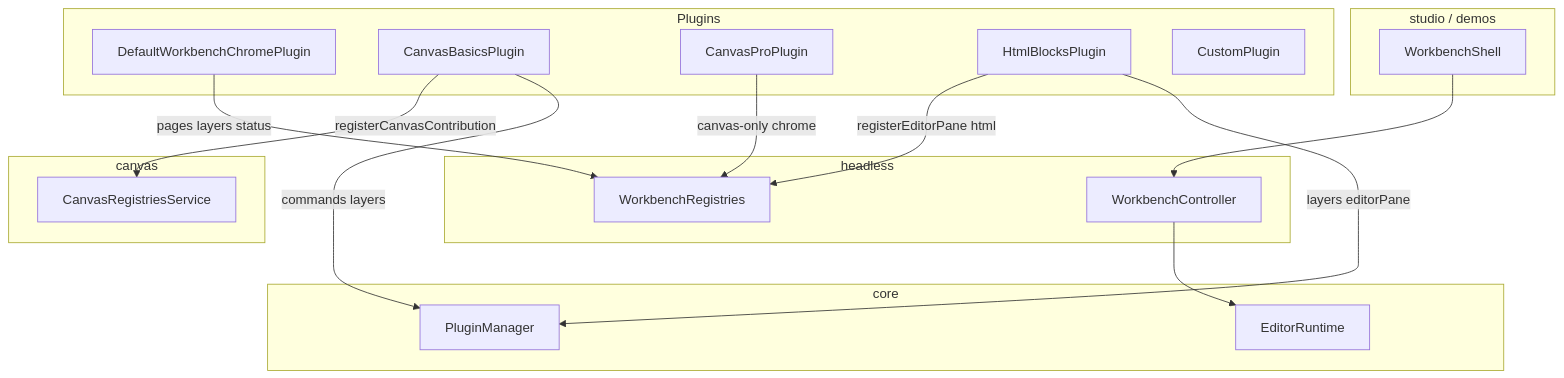
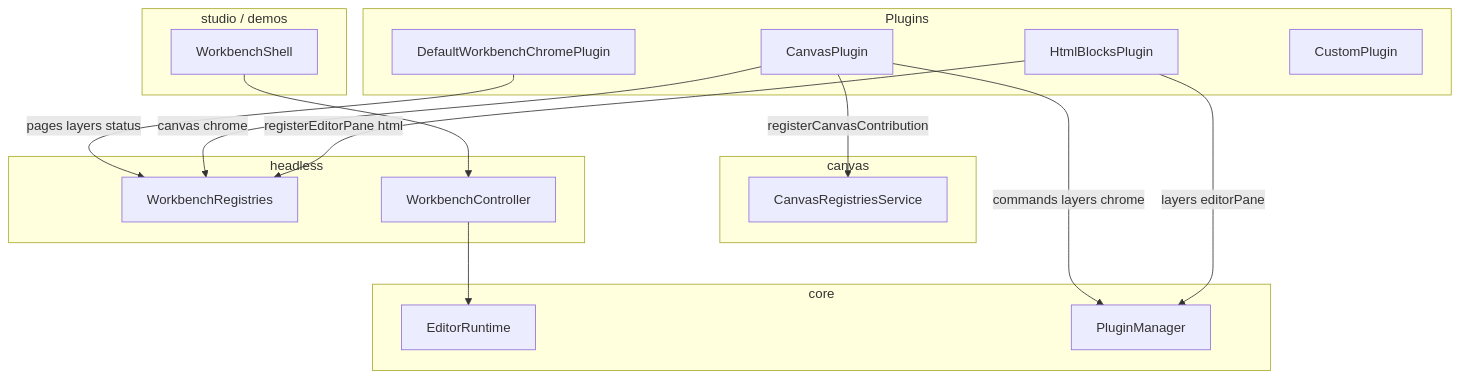
One commit to openenvx/editor changed the diagram in Architecture.md. Above: the diagram before and after it, drawn with Mermaid. The commit also changed other lines of this file and 77 other files, not shown here.

First line of the commit message:
refactor: rename CanvasBasicsPlugin to CanvasPlugin and update related documentation

````diff
--- a/Architecture.md
+++ b/Architecture.md
@@ -73,32 +72,31 @@
 ```mermaid
 flowchart TB
   subgraph plugins [Plugins]
     Chrome[DefaultWorkbenchChromePlugin]
-    CanvasBasics[CanvasBasicsPlugin]
-    CanvasPro[CanvasProPlugin]
+    CanvasPlugin[CanvasPlugin]
     HtmlBlocks[HtmlBlocksPlugin]
     Custom[CustomPlugin]
   end
   subgraph canvasPkg [canvas]
     Registries[CanvasRegistriesService]
   end
   subgraph coreHost [core]
     Runtime[EditorRuntime]
     PluginHost[PluginManager]
   end
   subgraph headlessPkg [headless]
     WbRegs[WorkbenchRegistries]
     Controller[WorkbenchController]
   end
   subgraph app [studio / demos]
     Shell[WorkbenchShell]
   end
   Chrome -->|pages layers status| WbRegs
-  CanvasBasics -->|commands layers| PluginHost
-  CanvasBasics -->|registerCanvasContribution| Registries
-  CanvasPro -->|canvas-only chrome| WbRegs
+  CanvasPlugin -->|commands layers chrome| PluginHost
+  CanvasPlugin -->|registerCanvasContribution| Registries
+  CanvasPlugin -->|canvas chrome| WbRegs
   HtmlBlocks -->|layers editorPane| PluginHost
   HtmlBlocks -->|registerEditorPane html| WbRegs
   Shell --> Controller
   Controller --> Runtime
 ```
````
